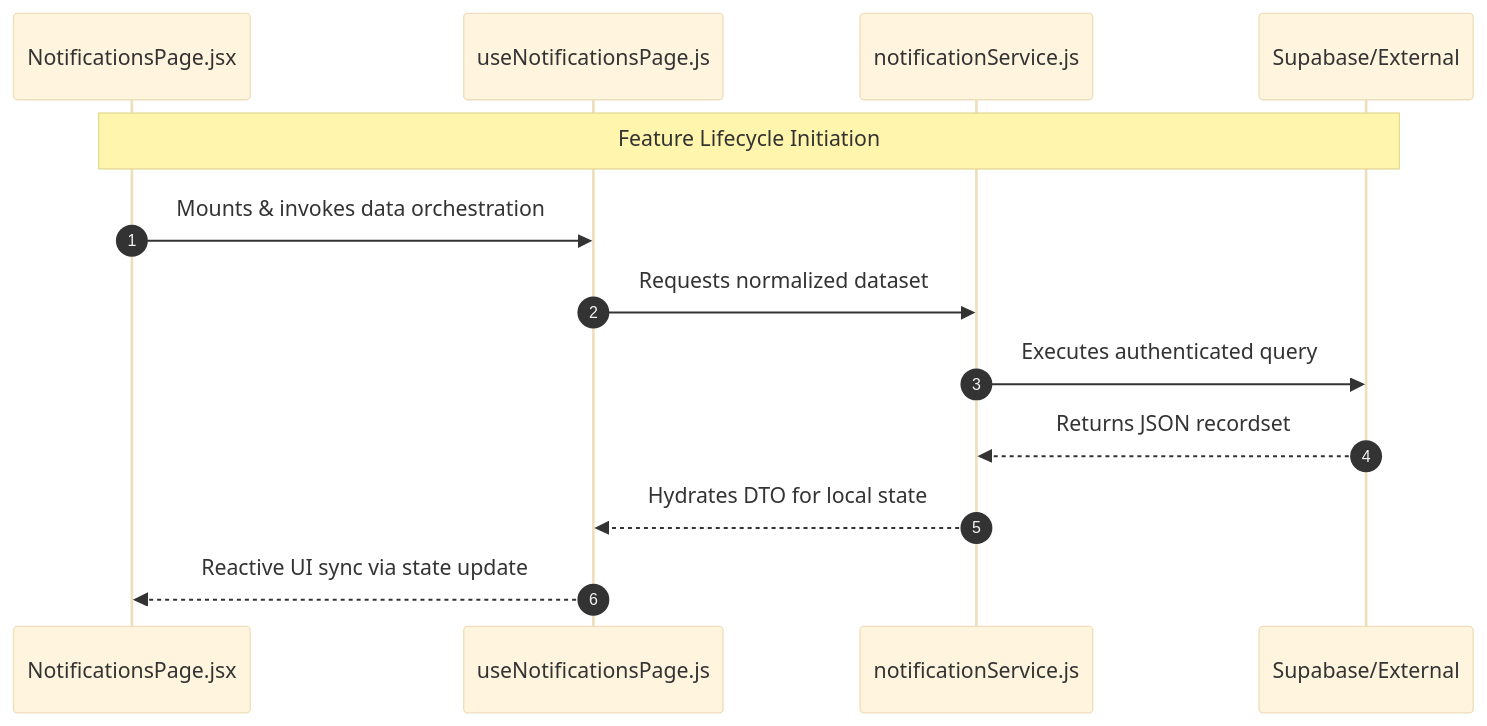
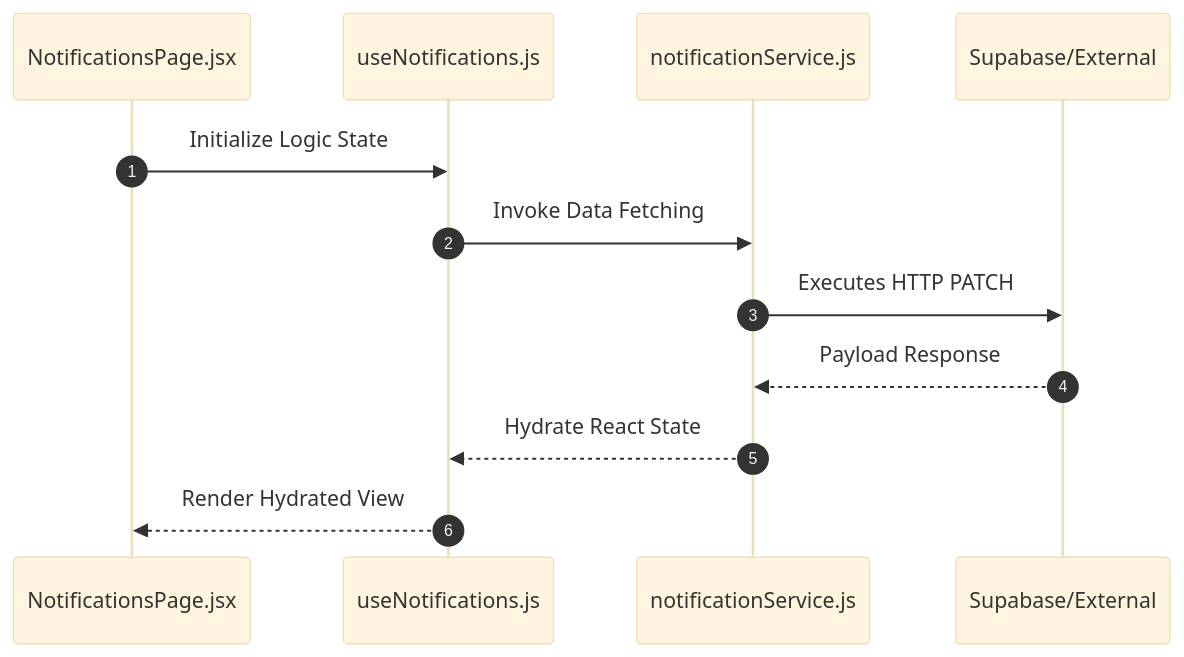
One commit to nexowebai/nexo-superadmin changed the second of 2 diagrams in src/features/notifications/README.md. Above: the diagram before and after it, drawn with Mermaid (base theme). The commit also changed other lines of this file and 15 other files, not shown here.

````diff
--- a/src/features/notifications/README.md
+++ b/src/features/notifications/README.md
@@ -16,16 +33,15 @@
 ```mermaid
 sequenceDiagram
-    autonumber
+autonumber
     participant P as NotificationsPage.jsx
-    participant H as useNotificationsPage.js
+    participant H as useNotifications.js
     participant S as notificationService.js
     participant API as Supabase/External
 
-    Note over P,API: Feature Lifecycle Initiation
-    P->>H: Mounts & invokes data orchestration
-    H->>S: Requests normalized dataset
-    S->>API: Executes authenticated query
-    API-->>S: Returns JSON recordset
-    S-->>H: Hydrates DTO for local state
-    H-->>P: Reactive UI sync via state update
+    P->>H: Initialize Logic State
+    H->>S: Invoke Data Fetching
+    S->>API: Executes HTTP PATCH
+    API-->>S: Payload Response
+    S-->>H: Hydrate React State
+    H-->>P: Render Hydrated View
 ```
````
